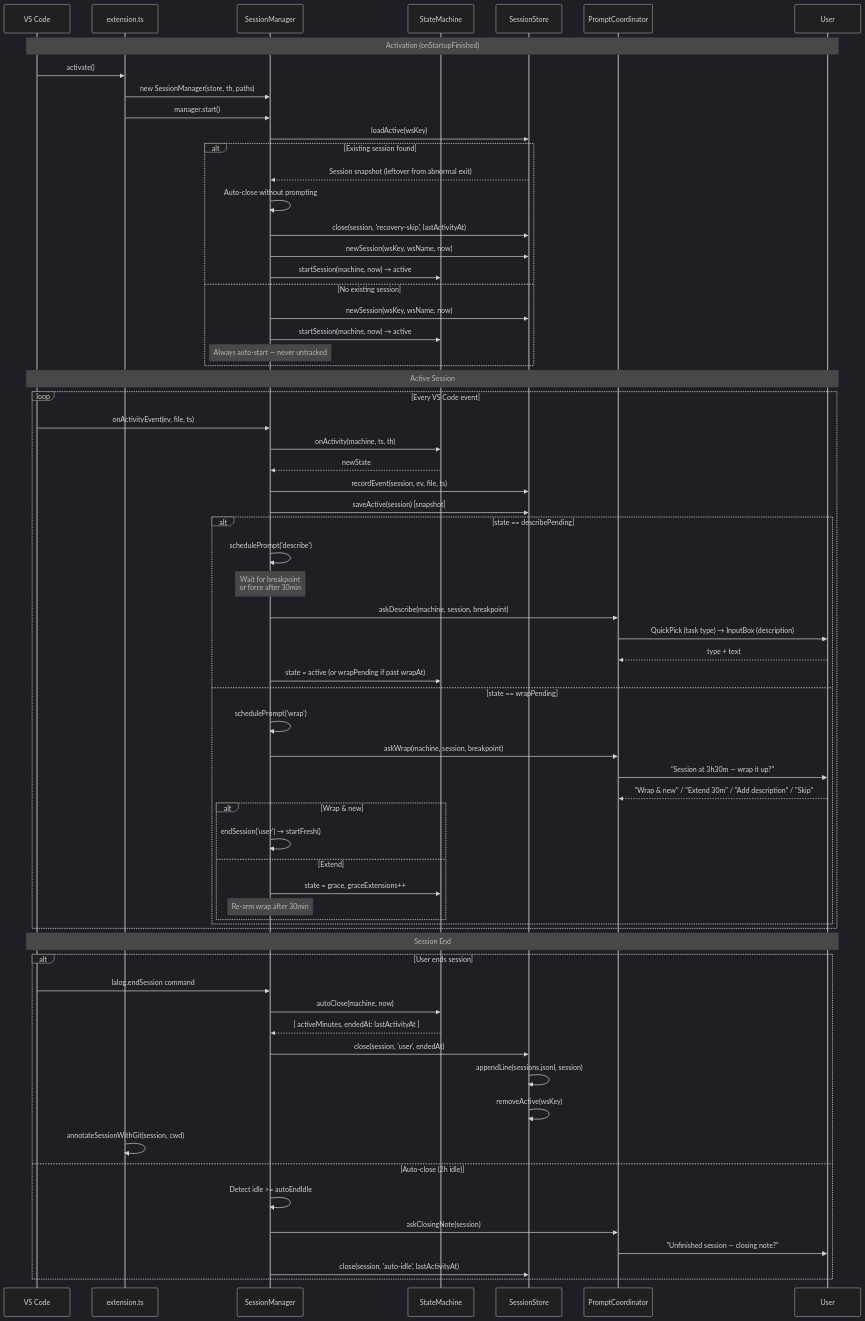
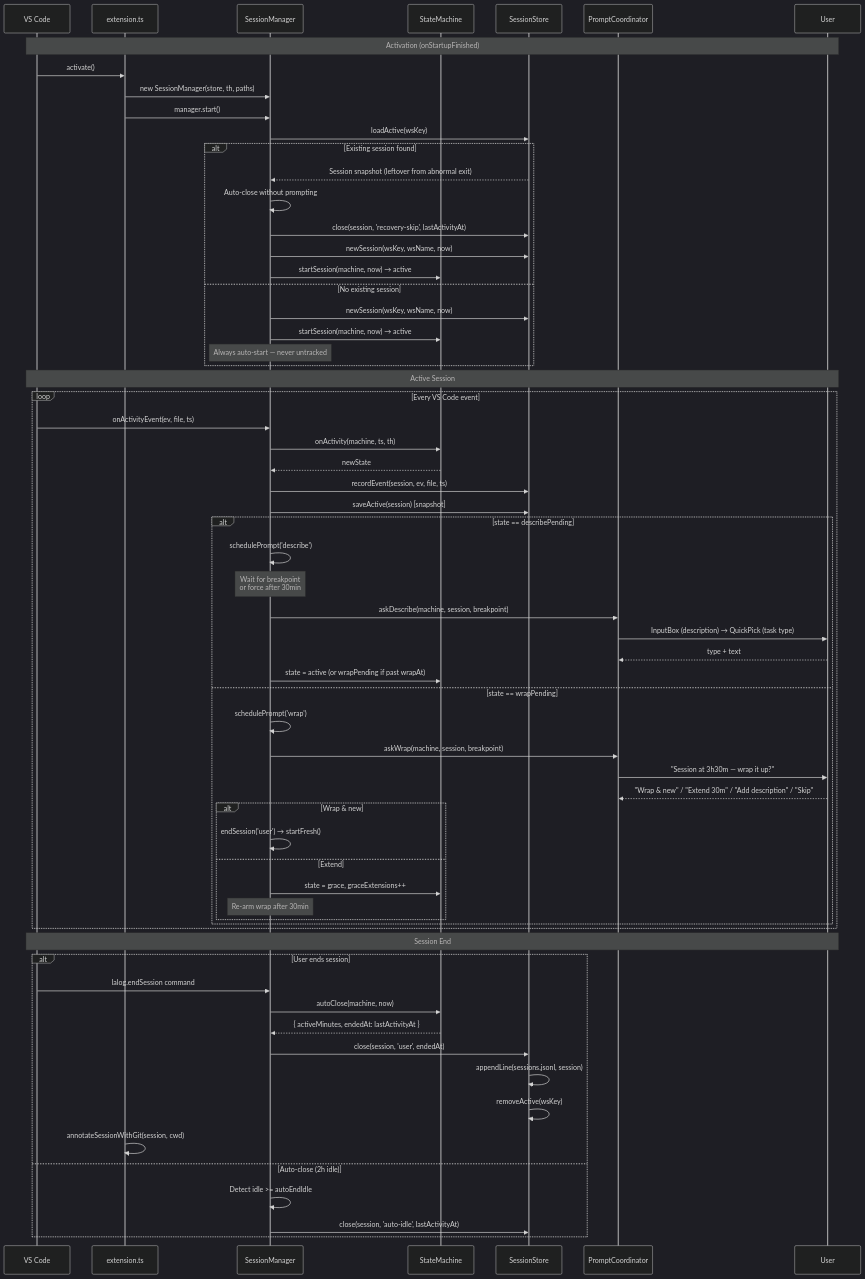
The fourth of 7 diagrams in docs/architecture.md (lawaty/lalog), drawn with Mermaid (dark theme) before and after one commit. The commit also changed other lines of this file and 18 other files, not shown here.

First line of the commit message:
Remove focus-loss and on-start description prompts; text-first describe flow; idle 'I was away' trim

````diff
--- a/docs/architecture.md
+++ b/docs/architecture.md
@@ -248,76 +248,74 @@
 ```mermaid
 sequenceDiagram
     participant VSCode as VS Code
     participant EXT as extension.ts
     participant SM as SessionManager
     participant FSM as StateMachine
     participant SS as SessionStore
     participant PC as PromptCoordinator
     participant User as User
 
     Note over VSCode,User: Activation (onStartupFinished)
 
     VSCode->>EXT: activate()
     EXT->>SM: new SessionManager(store, th, paths)
     EXT->>SM: manager.start()
     SM->>SS: loadActive(wsKey)
 
     alt Existing session found
         SS-->>SM: Session snapshot (leftover from abnormal exit)
         SM->>SM: Auto-close without prompting
         SM->>SS: close(session, 'recovery-skip', lastActivityAt)
         SM->>SS: newSession(wsKey, wsName, now)
         SM->>FSM: startSession(machine, now) → active
     else No existing session
         SM->>SS: newSession(wsKey, wsName, now)
         SM->>FSM: startSession(machine, now) → active
         Note over SM: Always auto-start — never untracked
     end
 
     Note over VSCode,User: Active Session
 
     loop Every VS Code event
         VSCode->>SM: onActivityEvent(ev, file, ts)
         SM->>FSM: onActivity(machine, ts, th)
         FSM-->>SM: newState
         SM->>SS: recordEvent(session, ev, file, ts)
         SM->>SS: saveActive(session) [snapshot]
 
         alt state == describePending
             SM->>SM: schedulePrompt('describe')
             Note over SM: Wait for breakpoint<br/>or force after 30min
             SM->>PC: askDescribe(machine, session, breakpoint)
-            PC->>User: QuickPick (task type) → InputBox (description)
+            PC->>User: InputBox (description) → QuickPick (task type)
             User-->>PC: type + text
             SM->>FSM: state = active (or wrapPending if past wrapAt)
         else state == wrapPending
             SM->>SM: schedulePrompt('wrap')
             SM->>PC: askWrap(machine, session, breakpoint)
             PC->>User: "Session at 3h30m — wrap it up?"
             User-->>PC: "Wrap & new" / "Extend 30m" / "Add description" / "Skip"
             alt Wrap & new
                 SM->>SM: endSession('user') → startFresh()
             else Extend
                 SM->>FSM: state = grace, graceExtensions++
                 Note over SM: Re-arm wrap after 30min
             end
         end
     end
 
     Note over VSCode,User: Session End
 
     alt User ends session
         VSCode->>SM: lalog.endSession command
         SM->>FSM: autoClose(machine, now)
         FSM-->>SM: { activeMinutes, endedAt: lastActivityAt }
         SM->>SS: close(session, 'user', endedAt)
         SS->>SS: appendLine(sessions.jsonl, session)
         SS->>SS: removeActive(wsKey)
         EXT->>EXT: annotateSessionWithGit(session, cwd)
     else Auto-close (2h idle)
         SM->>SM: Detect idle >= autoEndIdle
-        SM->>PC: askClosingNote(session)
-        PC->>User: "Unfinished session — closing note?"
         SM->>SS: close(session, 'auto-idle', lastActivityAt)
     end
 ```
````
